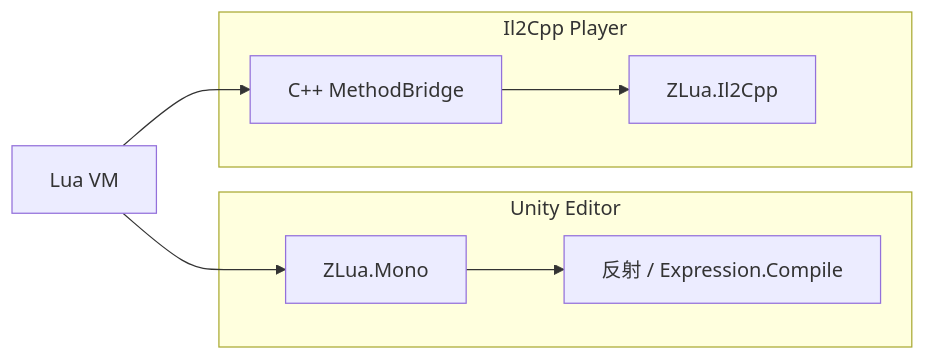
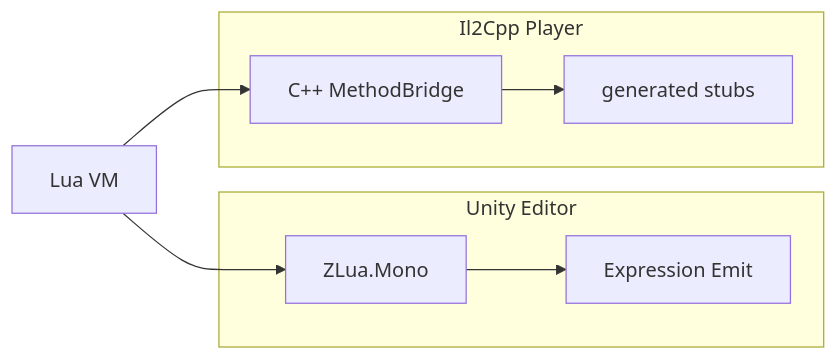
One commit to focus-creative-games/zlua-doc changed the diagram in docs/concepts/dual-runtime.md. Above: the diagram before and after it, drawn with Mermaid. The commit also changed other lines of this file and 116 other files, not shown here.

````diff
--- a/docs/concepts/dual-runtime.md
+++ b/docs/concepts/dual-runtime.md
@@ -9,17 +9,17 @@
 ```mermaid
 flowchart LR
-    subgraph Editor["Unity Editor"]
-        Mono["ZLua.Mono"]
-        Reflect["反射 / Expression.Compile"]
-    end
+  subgraph Editor["Unity Editor"]
+    Mono["ZLua.Mono"]
+    Emit["Expression Emit"]
+  end
 
-    subgraph Player["Il2Cpp Player"]
-        Il2Cpp["ZLua.Il2Cpp"]
-        Native["C++ MethodBridge"]
-    end
+  subgraph Player["Il2Cpp Player"]
+    Native["C++ MethodBridge"]
+    Stub["generated stubs"]
+  end
 
-    Lua["Lua VM"] --> Mono
-    Lua --> Native
-    Mono --> Reflect
-    Native --> Il2Cpp
+  Lua["Lua VM"] --> Mono
+  Lua --> Native
+  Mono --> Emit
+  Native --> Stub
 ```
````
